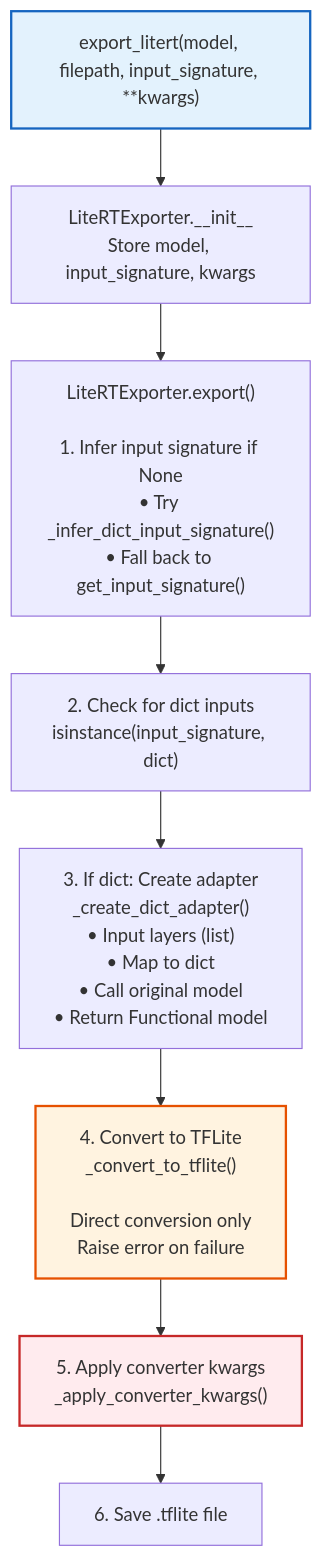
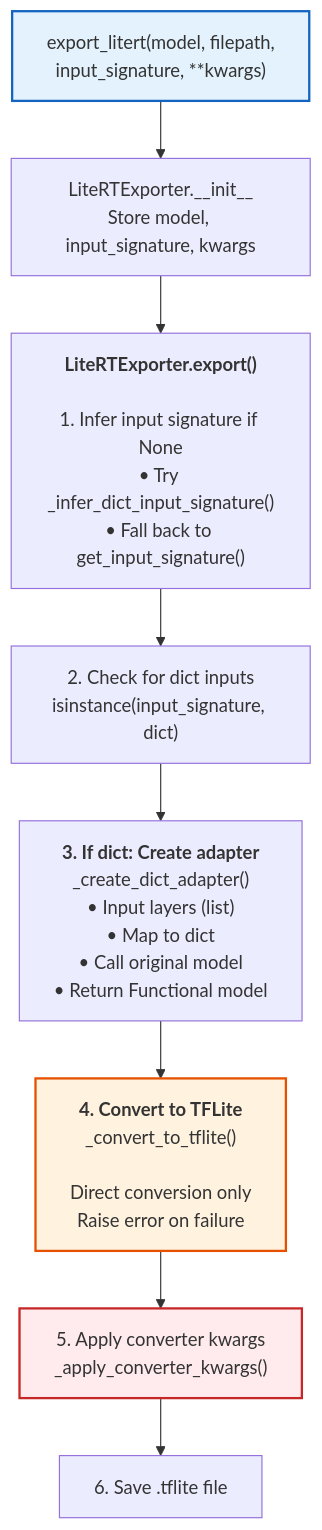
The second of 6 diagrams in LiteRT Export design doc reviewed.md (pctablet505/litert-export-docs), drawn with Mermaid before and after one commit. The commit also changed other lines of this file, not shown here.

Commit message:
Update LiteRT Export design doc reviewed.md

````diff
--- a/LiteRT Export design doc reviewed.md
+++ b/LiteRT Export design doc reviewed.md
@@ -265,23 +265,23 @@
 ```mermaid
 flowchart TD
-    A["export_litert(model, filepath, input_signature, **kwargs)"]
+    A["export_litert(model, filepath,<br/>input_signature, **kwargs)"]
     B["LiteRTExporter.__init__<br/>Store model, input_signature, kwargs"]
-    C["LiteRTExporter.export()<br/><br/>1. Infer input signature if None<br/>• Try _infer_dict_input_signature()<br/>• Fall back to get_input_signature()"]
+    C["<b>LiteRTExporter.export()</b><br/><br/>1. Infer input signature if None<br/>• Try _infer_dict_input_signature()<br/>• Fall back to get_input_signature()"]
     D["2. Check for dict inputs<br/>isinstance(input_signature, dict)"]
-    E["3. If dict: Create adapter<br/>_create_dict_adapter()<br/>• Input layers (list)<br/>• Map to dict<br/>• Call original model<br/>• Return Functional model"]
-    F["4. Convert to TFLite<br/>_convert_to_tflite()<br/><br/>Direct conversion only<br/>Raise error on failure"]
+    E["<b>3. If dict: Create adapter</b><br/>_create_dict_adapter()<br/>• Input layers (list)<br/>• Map to dict<br/>• Call original model<br/>• Return Functional model"]
+    F["<b>4. Convert to TFLite</b><br/>_convert_to_tflite()<br/><br/>Direct conversion only<br/>Raise error on failure"]
     G["5. Apply converter kwargs<br/>_apply_converter_kwargs()"]
     H["6. Save .tflite file"]
     
     A --> B
     B --> C
     C --> D
     D --> E
     E --> F
     F --> G
     G --> H
     
     style A fill:#e3f2fd,stroke:#1565c0,stroke-width:2px
     style F fill:#fff3e0,stroke:#e65100,stroke-width:2px
     style G fill:#ffebee,stroke:#c62828,stroke-width:2px
 ```
````
